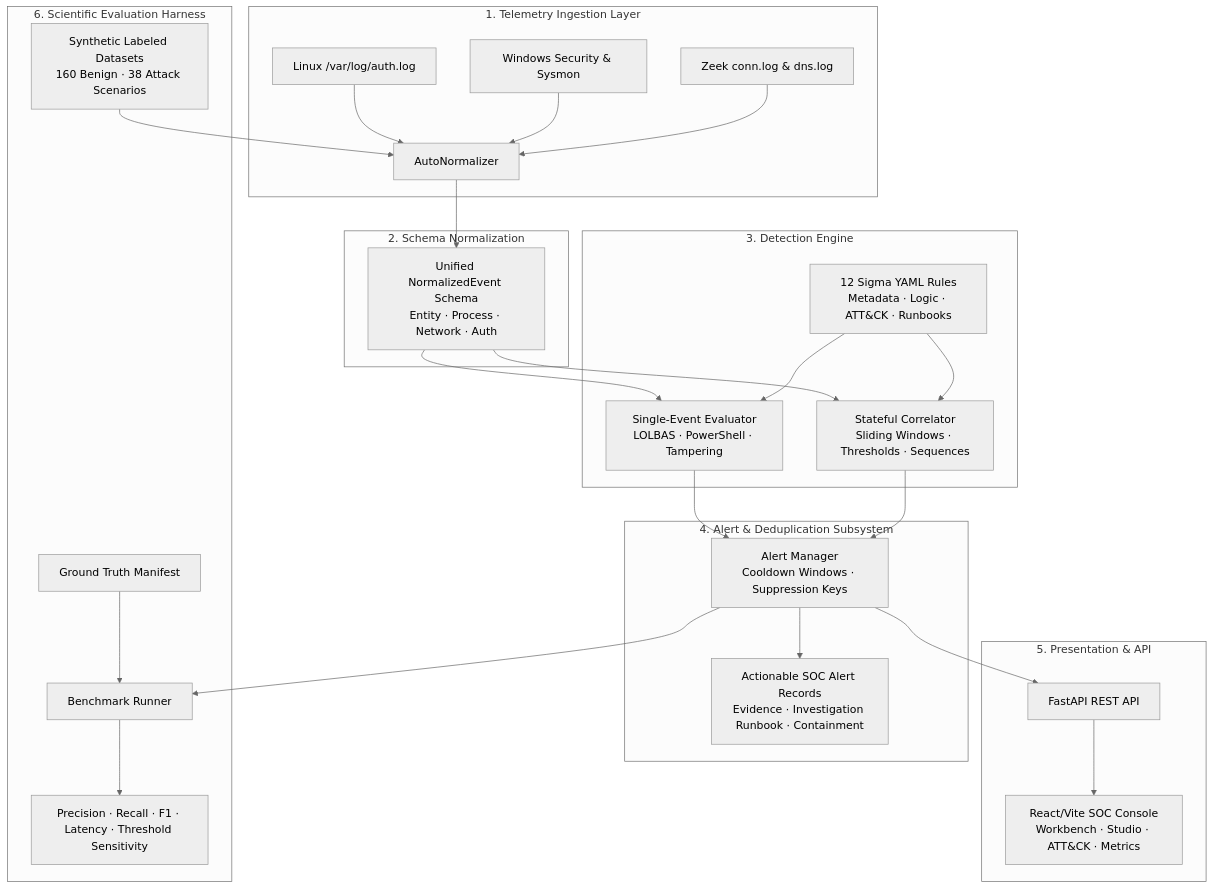
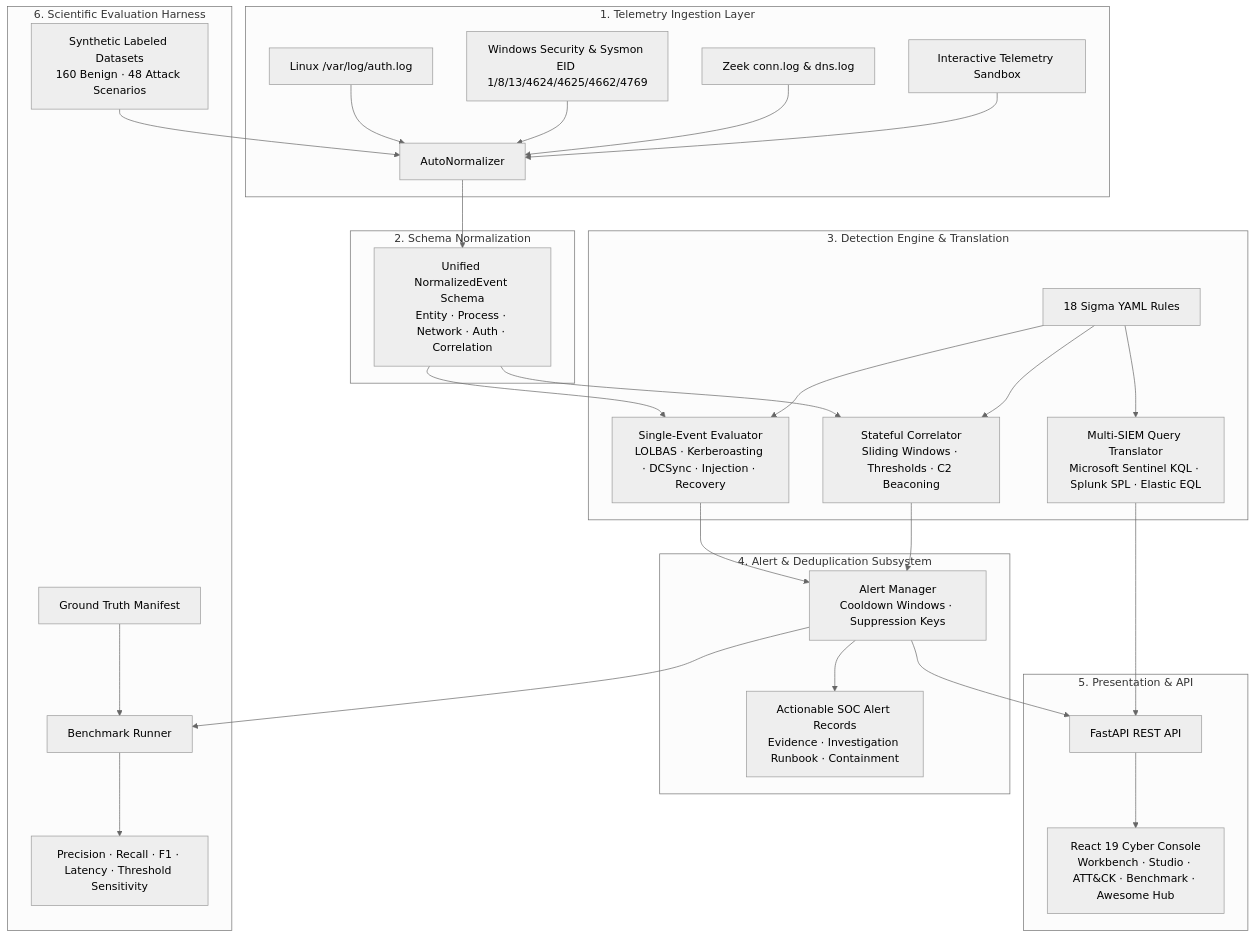
Before and after one commit to MDsalmanhyder/SOC-Detection-Engineering-Lab: the diagram in README.md, drawn with Mermaid (neutral theme). The commit also changed other lines of this file and 28 other files, not shown here.

````diff
--- a/README.md
+++ b/README.md
@@ -30,37 +94,40 @@
 ```mermaid
 graph TD
     subgraph 1. Telemetry Ingestion Layer
         L[Linux /var/log/auth.log] --> N[AutoNormalizer]
-        W[Windows Security & Sysmon] --> N
+        W[Windows Security & Sysmon EID 1/8/13/4624/4625/4662/4769] --> N
         K[Zeek conn.log & dns.log] --> N
+        SB[Interactive Telemetry Sandbox] --> N
     end
 
     subgraph 2. Schema Normalization
-        N --> S[Unified NormalizedEvent Schema\nEntity · Process · Network · Auth]
+        N --> S[Unified NormalizedEvent Schema\nEntity · Process · Network · Auth · Correlation]
     end
 
-    subgraph 3. Detection Engine
-        S --> SE[Single-Event Evaluator\nLOLBAS · PowerShell · Tampering]
-        S --> SC[Stateful Correlator\nSliding Windows · Thresholds · Sequences]
-        R[12 Sigma YAML Rules\nMetadata · Logic · ATT&CK · Runbooks] --> SE
+    subgraph 3. Detection Engine & Translation
+        S --> SE[Single-Event Evaluator\nLOLBAS · Kerberoasting · DCSync · Injection · Recovery]
+        S --> SC[Stateful Correlator\nSliding Windows · Thresholds · C2 Beaconing]
+        R[18 Sigma YAML Rules] --> SE
         R --> SC
+        R --> TR[Multi-SIEM Query Translator\nMicrosoft Sentinel KQL · Splunk SPL · Elastic EQL]
     end
 
     subgraph 4. Alert & Deduplication Subsystem
         SE --> AM[Alert Manager\nCooldown Windows · Suppression Keys]
         SC --> AM
         AM --> AL[Actionable SOC Alert Records\nEvidence · Investigation Runbook · Containment]
     end
 
     subgraph 5. Presentation & API
         AM --> API[FastAPI REST API]
-        API --> UI[React/Vite SOC Console\nWorkbench · Studio · ATT&CK · Metrics]
+        TR --> API
+        API --> UI[React 19 Cyber Console\nWorkbench · Studio · ATT&CK · Benchmark · Awesome Hub]
     end
 
     subgraph 6. Scientific Evaluation Harness
-        DS[Synthetic Labeled Datasets\n160 Benign · 38 Attack Scenarios] --> N
+        DS[Synthetic Labeled Datasets\n160 Benign · 48 Attack Scenarios] --> N
         GT[Ground Truth Manifest] --> BM[Benchmark Runner]
         AM --> BM
         BM --> REP[Precision · Recall · F1 · Latency · Threshold Sensitivity]
     end
 ```
````
